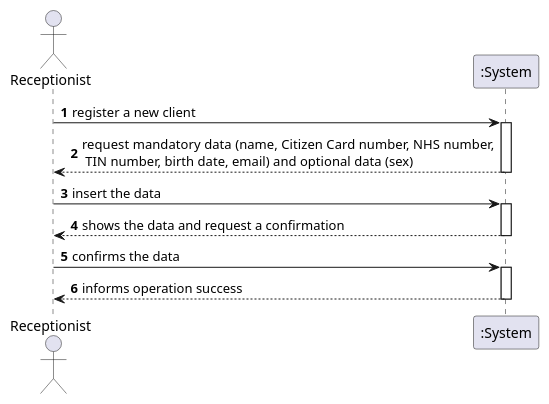
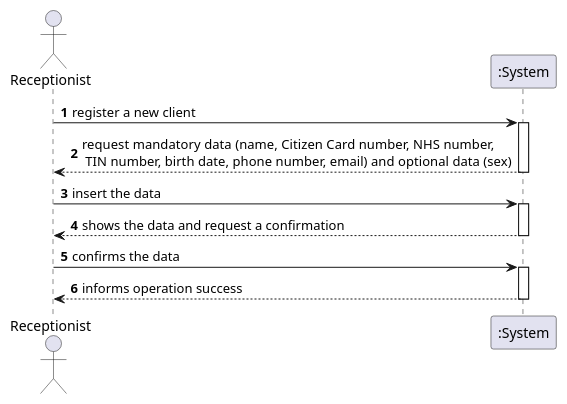
The diagram in docs/SprintB/US3/UC03_SSD.puml (GuilhermeCunha79/lapr2), drawn with PlantUML before and after one commit. The commit also changed 3 other files, not shown here.

```diff
--- a/docs/SprintB/US3/UC03_SSD.puml
+++ b/docs/SprintB/US3/UC03_SSD.puml
@@ -1,25 +1,25 @@
 @startuml
 'https://plantuml.com/sequence-diagram
 
 autonumber
 
 actor "Receptionist" as RECEP
 
 participant ":System" as SYSTEM
 
 RECEP -> SYSTEM : register a new client
 activate SYSTEM
-SYSTEM --> RECEP : request mandatory data (name, Citizen Card number, NHS number,\n TIN number, birth date, email) and optional data (sex)
+SYSTEM --> RECEP : request mandatory data (name, Citizen Card number, NHS number,\n TIN number, birth date, phone number, email) and optional data (sex)
 deactivate SYSTEM
 
 RECEP -> SYSTEM : insert the data
 activate SYSTEM
 SYSTEM --> RECEP : shows the data and request a confirmation
 deactivate SYSTEM
 
 RECEP -> SYSTEM : confirms the data
 activate SYSTEM
 SYSTEM --> RECEP : informs operation success
 deactivate SYSTEM
 
 @enduml
```
